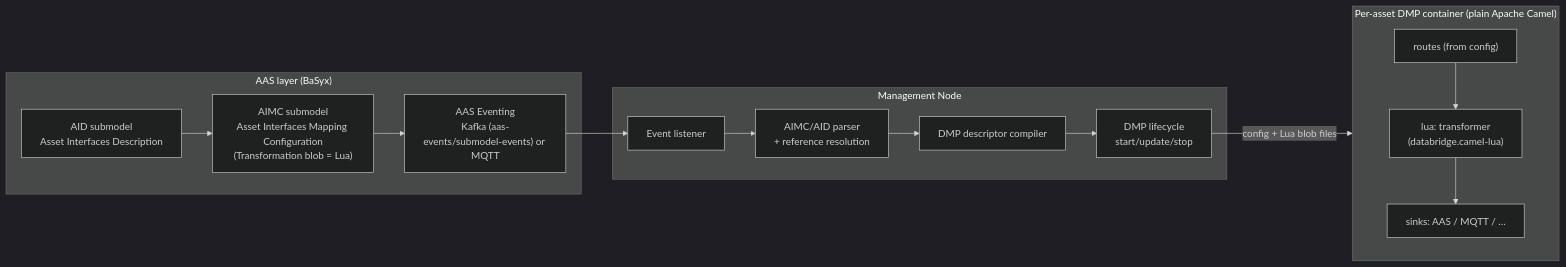
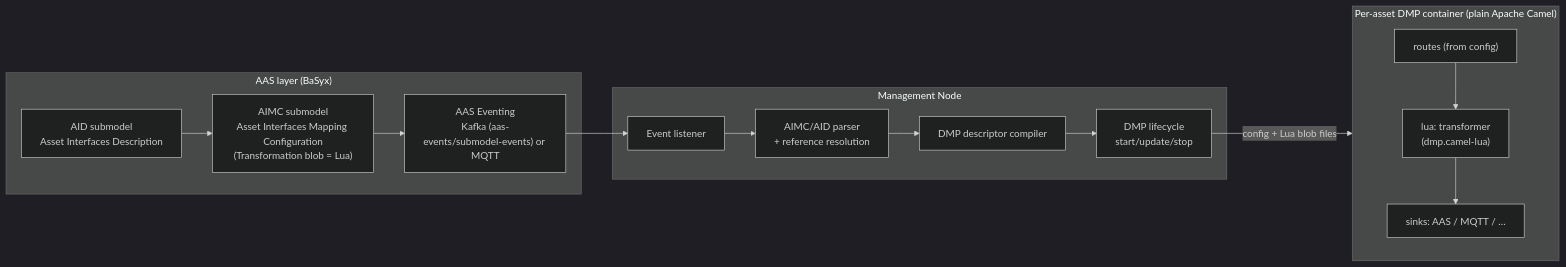
The first of 3 diagrams in SPEC.md (MartinJensen37/aas-camel-dmp), drawn with Mermaid (dark theme) before and after one commit. The commit also changed other lines of this file and 778 other files, not shown here.

````diff
--- a/SPEC.md
+++ b/SPEC.md
@@ -108,30 +108,30 @@
 ```mermaid
 flowchart LR
     subgraph aas ["AAS layer (BaSyx)"]
         SM["AID submodel<br/>Asset Interfaces Description"]
         AM["AIMC submodel<br/>Asset Interfaces Mapping Configuration<br/>(Transformation blob = Lua)"]
         EV["AAS Eventing<br/>Kafka (aas-events/submodel-events) or MQTT"]
     end
 
     subgraph mgmt ["Management Node"]
         L["Event listener"]
         P["AIMC/AID parser<br/>+ reference resolution"]
         D["DMP descriptor compiler"]
         O["DMP lifecycle<br/>start/update/stop"]
     end
 
     subgraph dmp ["Per-asset DMP container (plain Apache Camel)"]
         R["routes (from config)"]
-        T["lua: transformer<br/>(databridge.camel-lua)"]
+        T["lua: transformer<br/>(dmp.camel-lua)"]
         S["sinks: AAS / MQTT / …"]
     end
 
     SM --> AM
     AM --> EV
     EV --> L
     L --> P
     P --> D
     D --> O
     O -->|"config + Lua blob files"| dmp
     R --> T --> S
 ```
````
